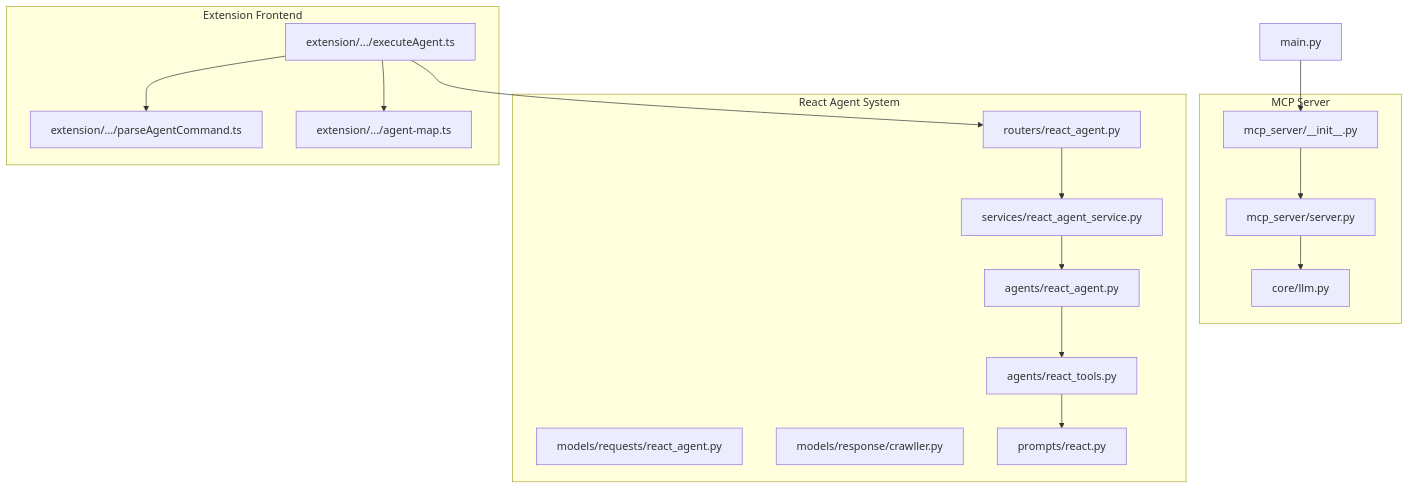
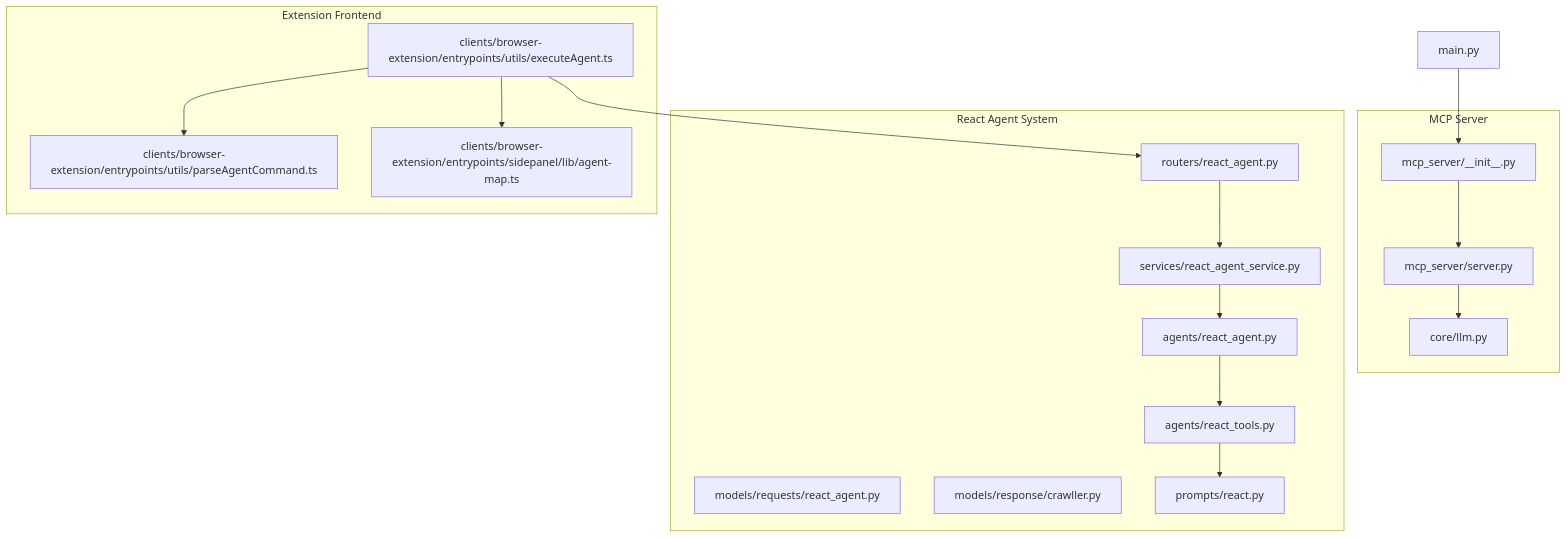
The first of 6 diagrams in src/data/docs/agentic-browser/System Architecture/MCP Protocol Implementation.md (tashifkhan/tashif.codes), drawn with Mermaid before and after one commit. The commit also changed other lines of this file and 2128 other files, not shown here.

First line of the commit message:
docs: replace raster diagram images with native Mermaid across project guides

````diff
--- a/src/data/docs/agentic-browser/System Architecture/MCP Protocol Implementation.md
+++ b/src/data/docs/agentic-browser/System Architecture/MCP Protocol Implementation.md
@@ -9,33 +9,33 @@
 ```mermaid
 graph TB
 subgraph "MCP Server"
 MCPInit["mcp_server/__init__.py"]
 MCPServer["mcp_server/server.py"]
 LLMAgent["core/llm.py"]
 end
 subgraph "React Agent System"
 ReactAgent["agents/react_agent.py"]
 ReactTools["agents/react_tools.py"]
 ReactService["services/react_agent_service.py"]
 ReactRouter["routers/react_agent.py"]
 ReactReq["models/requests/react_agent.py"]
 ReactResp["models/response/crawller.py"]
 PromptReact["prompts/react.py"]
 end
 subgraph "Extension Frontend"
-ExecAgent["extension/.../executeAgent.ts"]
-ParseCmd["extension/.../parseAgentCommand.ts"]
-AgentMap["extension/.../agent-map.ts"]
+ExecAgent["clients/browser-extension/entrypoints/utils/executeAgent.ts"]
+ParseCmd["clients/browser-extension/entrypoints/utils/parseAgentCommand.ts"]
+AgentMap["clients/browser-extension/entrypoints/sidepanel/lib/agent-map.ts"]
 end
 MainEntry["main.py"]
 MainEntry --> MCPInit
 MCPInit --> MCPServer
 MCPServer --> LLMAgent
 ExecAgent --> AgentMap
 ExecAgent --> ParseCmd
 ExecAgent --> ReactRouter
 ReactRouter --> ReactService
 ReactService --> ReactAgent
 ReactAgent --> ReactTools
 ReactTools --> PromptReact
 ```
````
